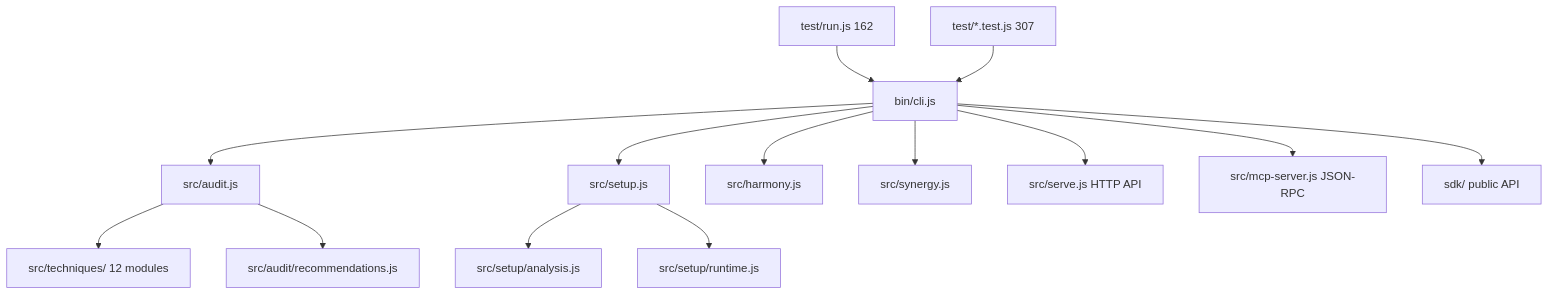
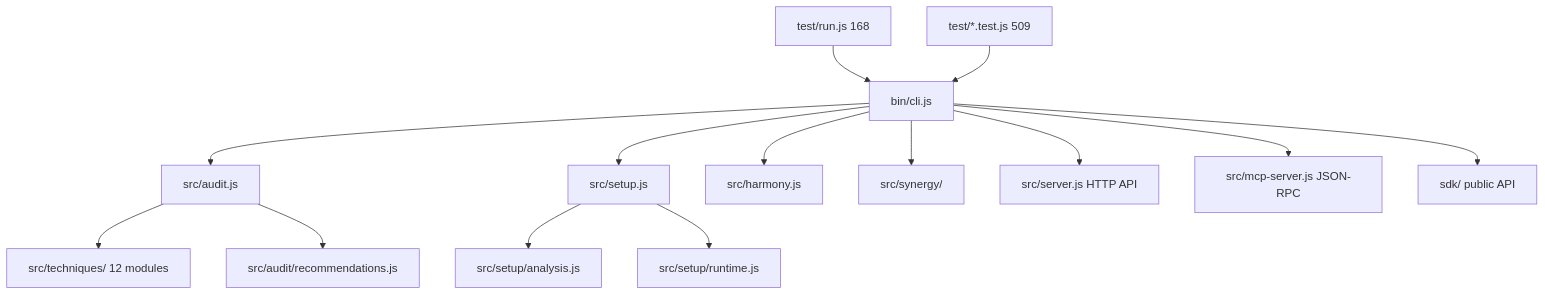
One commit to nerviq/nerviq changed the diagram in CLAUDE.md. Above: the diagram before and after it, drawn with Mermaid. The commit also changed other lines of this file and 7 other files, not shown here.

````diff
--- a/CLAUDE.md
+++ b/CLAUDE.md
@@ -6,16 +6,16 @@
 ```mermaid
 graph TD
     CLI[bin/cli.js] --> Audit[src/audit.js]
     CLI --> Setup[src/setup.js]
     CLI --> Harmony[src/harmony.js]
-    CLI --> Synergy[src/synergy.js]
+    CLI --> Synergy[src/synergy/]
     Audit --> Techniques[src/techniques/ 12 modules]
     Audit --> Recs[src/audit/recommendations.js]
     Setup --> Analysis[src/setup/analysis.js]
     Setup --> Runtime[src/setup/runtime.js]
-    CLI --> Serve[src/serve.js HTTP API]
+    CLI --> Serve[src/server.js HTTP API]
     CLI --> MCP[src/mcp-server.js JSON-RPC]
     CLI --> SDK[sdk/ public API]
-    Tests[test/run.js 162] --> CLI
-    Jest[test/*.test.js 307] --> CLI
+    Tests[test/run.js 168] --> CLI
+    Jest[test/*.test.js 509] --> CLI
 ```
````
